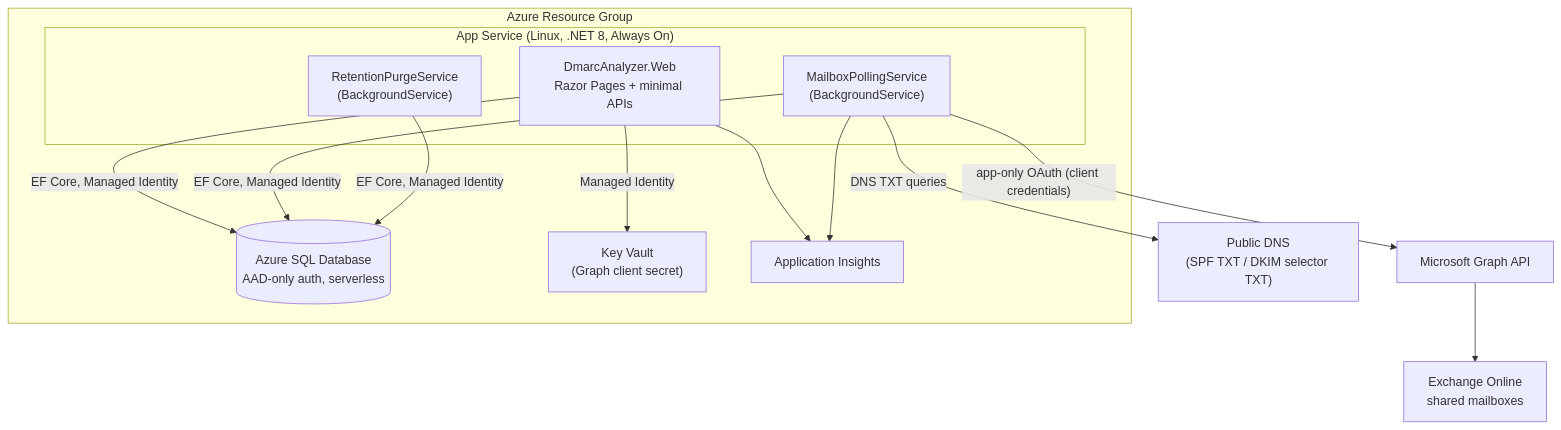
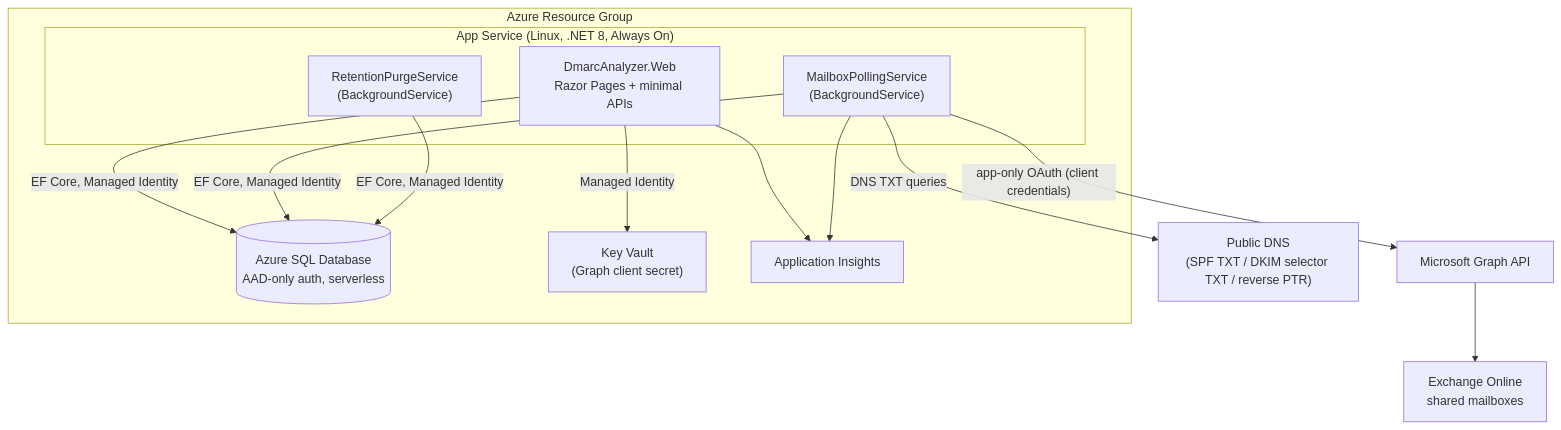
One commit to TenOfNine/AzureHosted-DMARC-Analyzer changed the first of 3 diagrams in docs/technical-specification.md. Above: the diagram before and after it, drawn with Mermaid. The commit also changed other lines of this file and 27 other files, not shown here.

````diff
--- a/docs/technical-specification.md
+++ b/docs/technical-specification.md
@@ -145,26 +165,26 @@
 ```mermaid
 flowchart TB
     subgraph Azure["Azure Resource Group"]
         subgraph AppService["App Service (Linux, .NET 8, Always On)"]
             Web["DmarcAnalyzer.Web<br/>Razor Pages + minimal APIs"]
             Poll["MailboxPollingService<br/>(BackgroundService)"]
             Purge["RetentionPurgeService<br/>(BackgroundService)"]
         end
         SQL[("Azure SQL Database<br/>AAD-only auth, serverless")]
         KV["Key Vault<br/>(Graph client secret)"]
         AI["Application Insights"]
     end
     Graph["Microsoft Graph API"]
     EXO["Exchange Online<br/>shared mailboxes"]
-    DNS["Public DNS<br/>(SPF TXT / DKIM selector TXT)"]
+    DNS["Public DNS<br/>(SPF TXT / DKIM selector TXT / reverse PTR)"]
 
     Web -- EF Core, Managed Identity --> SQL
     Poll -- EF Core, Managed Identity --> SQL
     Purge -- EF Core, Managed Identity --> SQL
     Web -- Managed Identity --> KV
     Poll -- app-only OAuth (client credentials) --> Graph
     Graph --> EXO
     Poll -- DNS TXT queries --> DNS
     Web --> AI
     Poll --> AI
 ```
````
